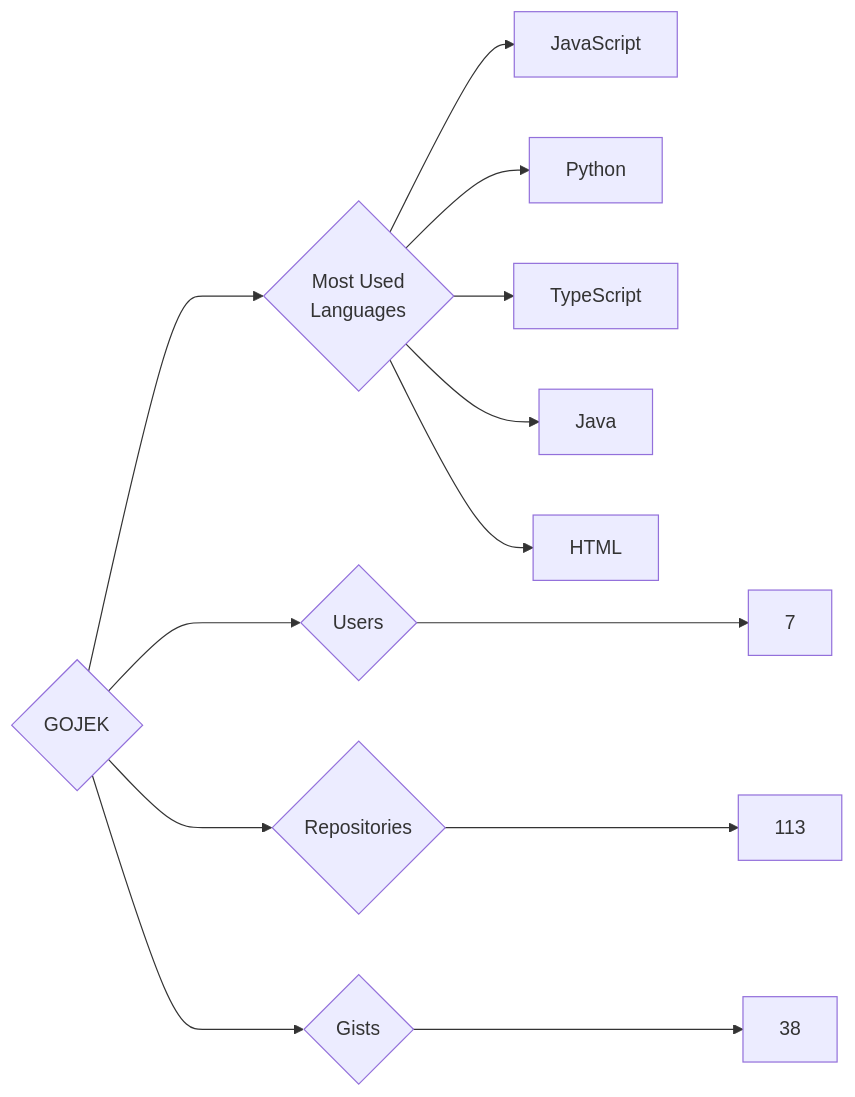
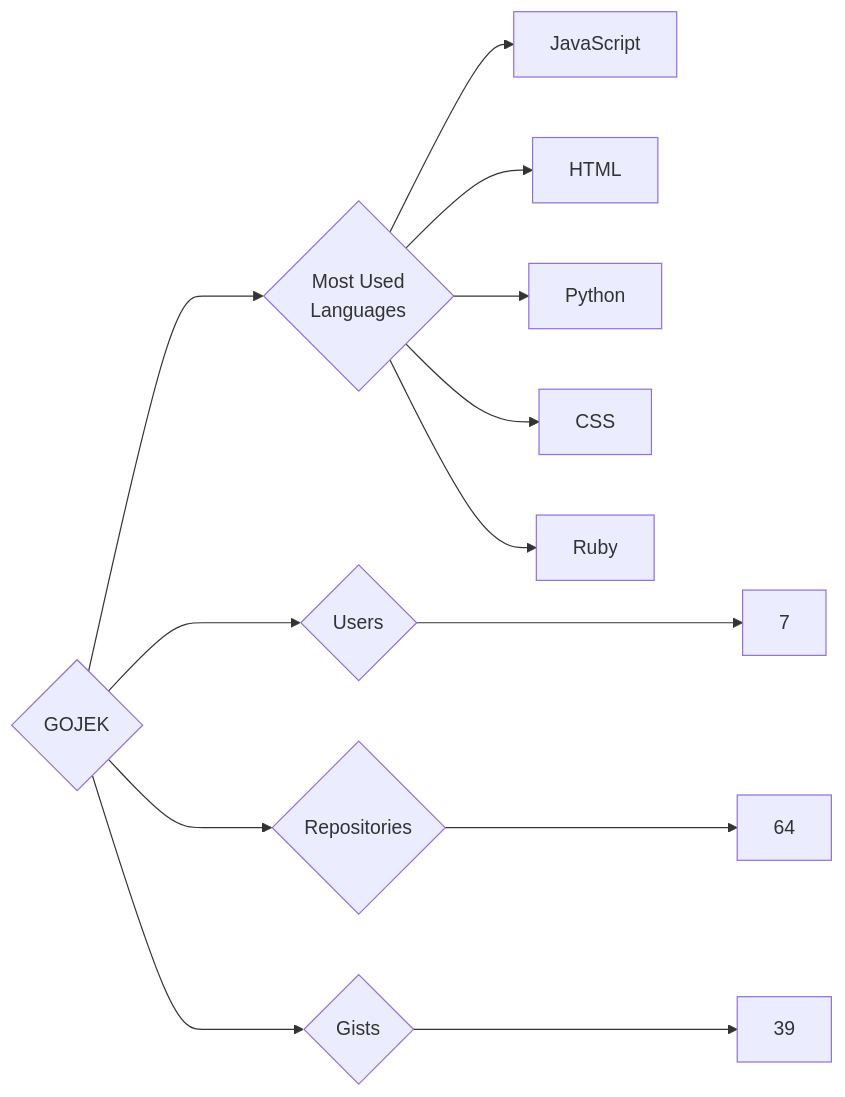
The diagram in targets/GOJEK/README.md (trickest/insiders), drawn with Mermaid before and after one commit. The commit also changed 1170 other files, not shown here.

````diff
--- a/targets/GOJEK/README.md
+++ b/targets/GOJEK/README.md
@@ -3,13 +3,13 @@
 ```mermaid
 graph LR
 COMPANY_NAME{GOJEK}
 COMPANY_NAME ---> U{Users} ---> UN[7]
-COMPANY_NAME ---> R{Repositories} ---> RN[113]
-COMPANY_NAME ---> G{Gists} ---> GN[38]
+COMPANY_NAME ---> R{Repositories} ---> RN[64]
+COMPANY_NAME ---> G{Gists} ---> GN[39]
 COMPANY_NAME ---> ML{Most Used<br>Languages}
 ML --> JavaScript[JavaScript]
+ML --> HTML[HTML]
 ML --> Python[Python]
-ML --> TypeScript[TypeScript]
-ML --> Java[Java]
-ML --> HTML[HTML]
+ML --> CSS[CSS]
+ML --> Ruby[Ruby]
 ```
````
